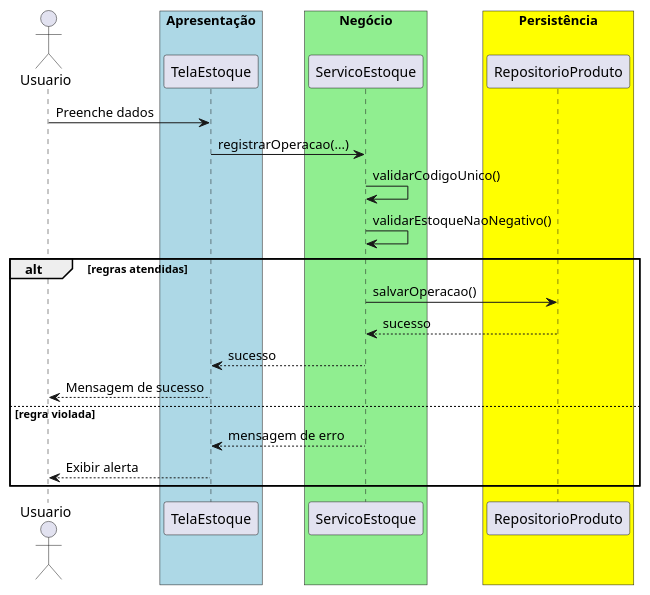
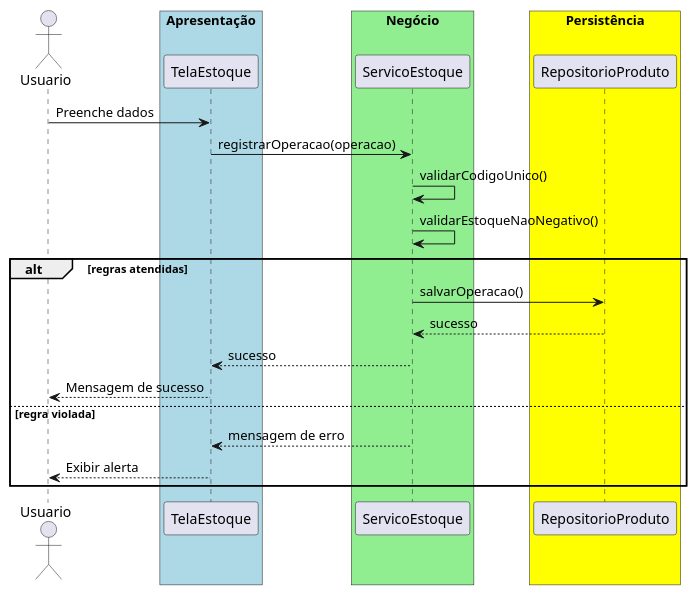
The diagram in src/trabalhos/Trabalho02.md (20261-ifba-saj-ads-poo/blog), drawn with PlantUML before and after one commit. The commit also changed other lines of this file and 35 other files, not shown here.

````diff
--- a/src/trabalhos/Trabalho02.md
+++ b/src/trabalhos/Trabalho02.md
@@ -28,28 +28,28 @@
 ```plantuml{kroki=true}
 @startuml
 actor Usuario
 box "Apresentação" #lightblue
     participant TelaEstoque
 end box
 box "Negócio" #lightgreen
     participant ServicoEstoque
 end box
 box "Persistência" #yellow
     participant RepositorioProduto
 end box
 
 Usuario -> TelaEstoque : Preenche dados
-TelaEstoque -> ServicoEstoque : registrarOperacao(...)
+TelaEstoque -> ServicoEstoque : registrarOperacao(operacao)
 ServicoEstoque -> ServicoEstoque : validarCodigoUnico()
 ServicoEstoque -> ServicoEstoque : validarEstoqueNaoNegativo()
 alt regras atendidas
     ServicoEstoque -> RepositorioProduto : salvarOperacao()
     RepositorioProduto --> ServicoEstoque : sucesso
     ServicoEstoque --> TelaEstoque : sucesso
     TelaEstoque --> Usuario : Mensagem de sucesso
 else regra violada
     ServicoEstoque --> TelaEstoque : mensagem de erro
     TelaEstoque --> Usuario : Exibir alerta
 end
 @enduml
 ```
````
